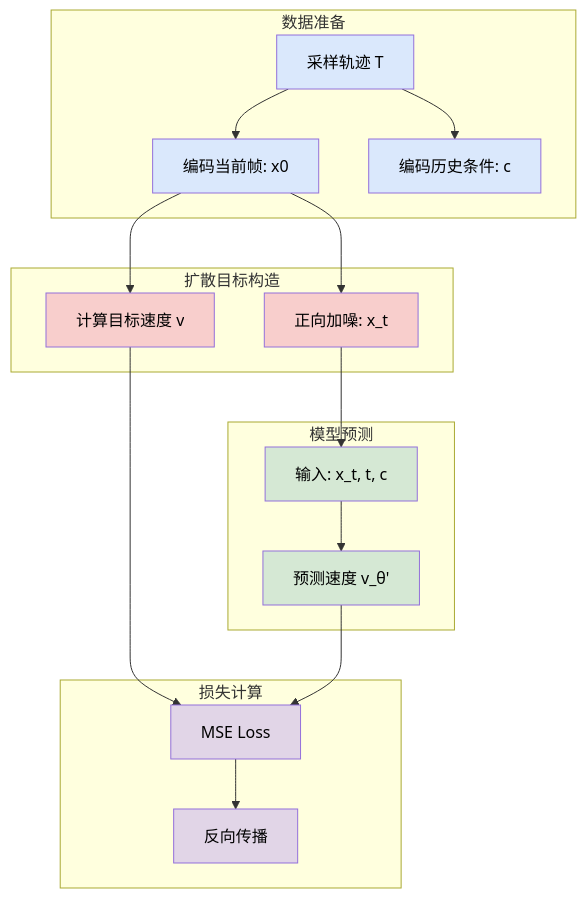
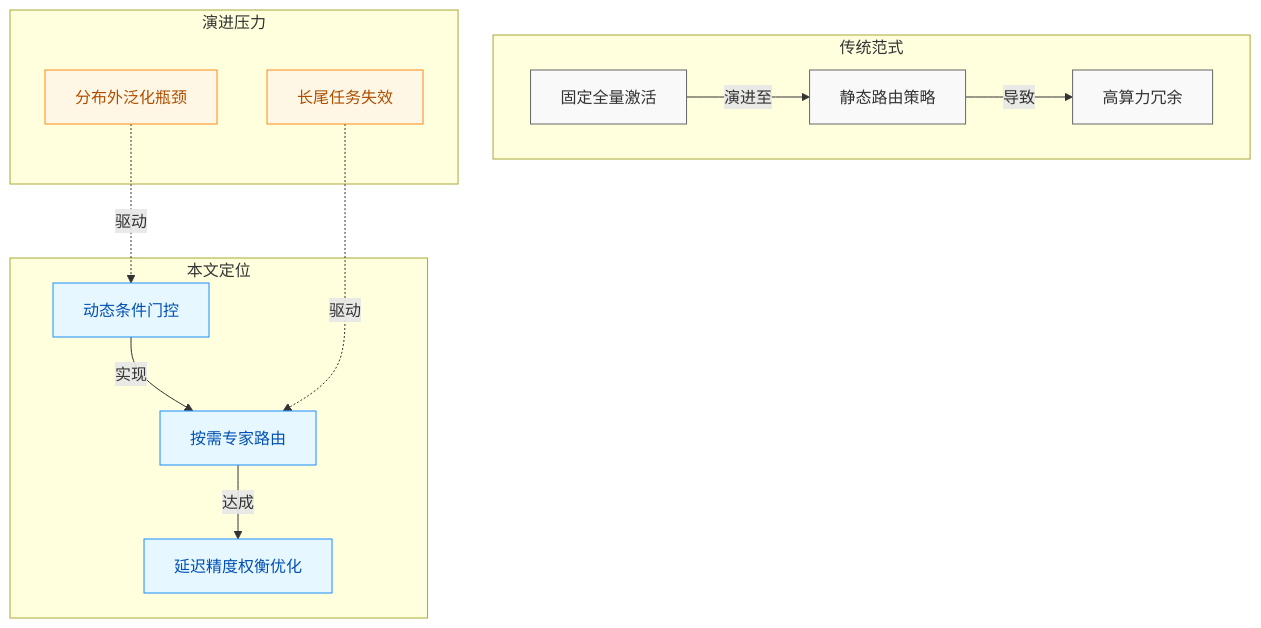
Before and after one commit to ShinewineW/paper-rolling: the tenth of 10 diagrams in person_vault/2026-06-08_DiffusionModelsAreRealTimeGameEngines_2408.14837/report.md, drawn with Mermaid. The commit also changed other lines of this file and 300 other files, not shown here.

````diff
--- a/person_vault/2026-06-08_DiffusionModelsAreRealTimeGameEngines_2408.14837/report.md
+++ b/person_vault/2026-06-08_DiffusionModelsAreRealTimeGameEngines_2408.14837/report.md
@@ -205,28 +474,25 @@
 ```mermaid
 flowchart TB
-    subgraph data["数据准备"]
-        A["采样轨迹 T"] --> B["编码当前帧: x0"]
-        A --> C["编码历史条件: c"]
+    classDef legacy fill:#f9f9f9,stroke:#666,color:#333;
+    classDef proposed fill:#e6f7ff,stroke:#1890ff,color:#0050b3;
+    classDef future fill:#fff7e6,stroke:#fa8c16,color:#ad4e00;
+
+    subgraph 传统范式
+        A["固定全量激活"] -->|演进至| B["静态路由策略"]
+        B -->|导致| C["高算力冗余"]
     end
-    subgraph diffusion["扩散目标构造"]
-        B --> D["正向加噪: x_t"]
-        B --> E["计算目标速度 v"]
+
+    subgraph 本文定位
+        D["动态条件门控"] -->|实现| E["按需专家路由"]
+        E -->|达成| F["延迟精度权衡优化"]
     end
-    subgraph model["模型预测"]
-        D --> F["输入: x_t, t, c"]
-        F --> G["预测速度 v_θ'"]
+
+    subgraph 演进压力
+        G["分布外泛化瓶颈"] -.->|驱动| D
+        H["长尾任务失效"] -.->|驱动| E
     end
-    subgraph loss["损失计算"]
-        E --> H["MSE Loss"]
-        G --> H
-        H --> I["反向传播"]
-    end
-    classDef data fill:#dae8fc,color:#000;
-    classDef diff fill:#f8cecc,color:#000;
-    classDef mod fill:#d5e8d4,color:#000;
-    classDef loss fill:#e1d5e7,color:#000;
-    class A,B,C data;
-    class D,E diff;
-    class F,G mod;
-    class H,I loss;
+
+    class A,B,C legacy;
+    class D,E,F proposed;
+    class G,H future;
 ```
````
